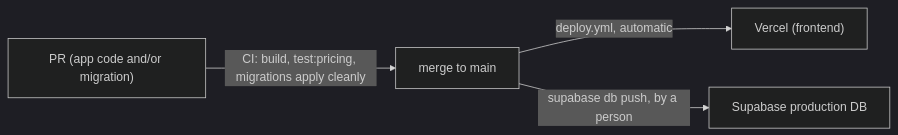
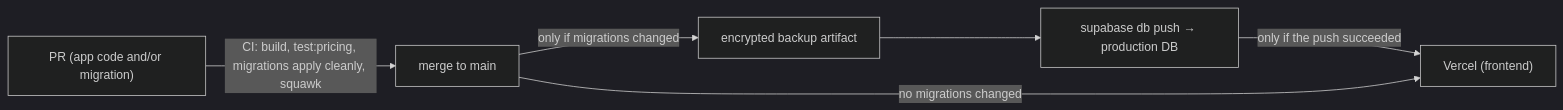
The fifth of 5 diagrams in docs/02-architecture.md (YULmix/yulmix-la-bedaine), drawn with Mermaid (dark theme) before and after one commit. The commit also changed other lines of this file and 9 other files, not shown here.

First line of the commit message:
ci(db): apply merged migrations to production automatically, after a backup (#52)

````diff
--- a/docs/02-architecture.md
+++ b/docs/02-architecture.md
@@ -179,6 +181,8 @@
 ```mermaid
 flowchart LR
-  PR["PR (app code and/or migration)"] -->|CI: build, test:pricing, migrations apply cleanly| Main["merge to main"]
-  Main -->|deploy.yml, automatic| Vercel["Vercel (frontend)"]
-  Main -->|"supabase db push, by a person"| DB["Supabase production DB"]
+  PR["PR (app code and/or migration)"] -->|"CI: build, test:pricing, migrations apply cleanly, squawk"| Main["merge to main"]
+  Main -->|"only if migrations changed"| Backup["encrypted backup artifact"]
+  Backup --> DB["supabase db push → production DB"]
+  DB -->|"only if the push succeeded"| Vercel["Vercel (frontend)"]
+  Main -->|"no migrations changed"| Vercel
 ```
````
